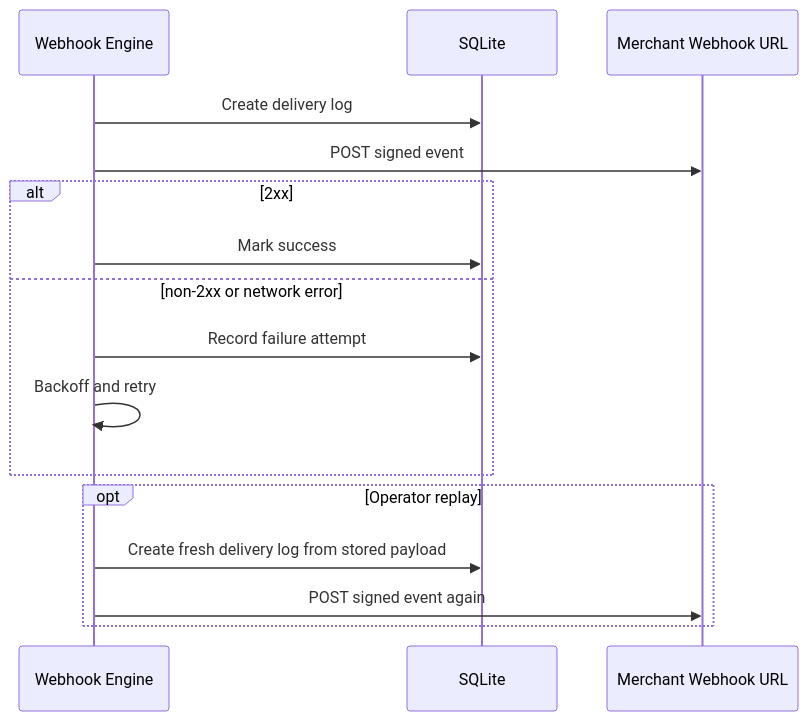
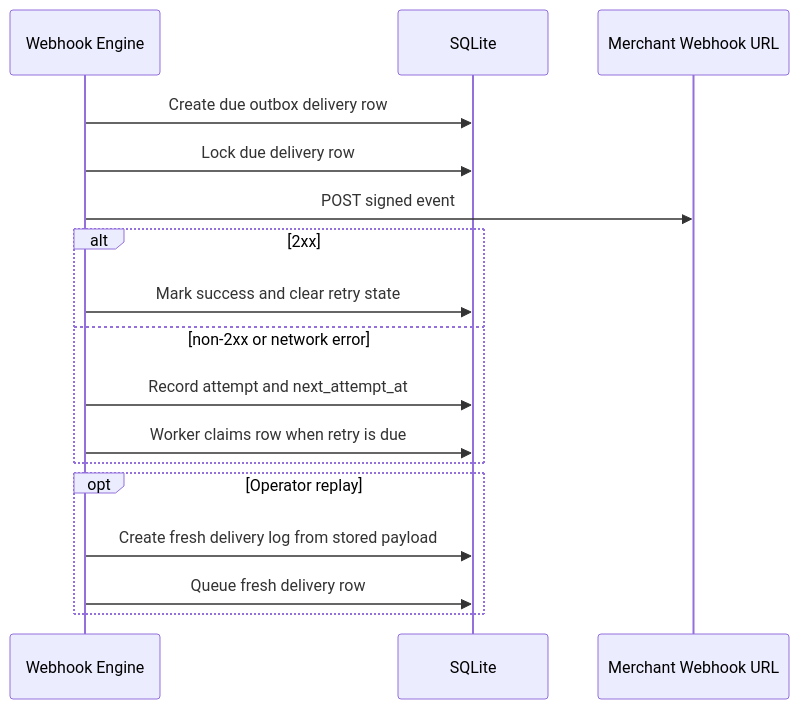
Before and after one commit to zynorr/fiber-merchant-kit: the fifth of 5 diagrams in docs/architecture.md, drawn with Mermaid. The commit also changed other lines of this file and 19 other files, not shown here.

````diff
--- a/docs/architecture.md
+++ b/docs/architecture.md
@@ -158,19 +158,20 @@
 ```mermaid
 sequenceDiagram
   participant Hook as Webhook Engine
   participant DB as SQLite
   participant Target as Merchant Webhook URL
 
-  Hook->>DB: Create delivery log
+  Hook->>DB: Create due outbox delivery row
+  Hook->>DB: Lock due delivery row
   Hook->>Target: POST signed event
   alt 2xx
-    Hook->>DB: Mark success
+    Hook->>DB: Mark success and clear retry state
   else non-2xx or network error
-    Hook->>DB: Record failure attempt
-    Hook->>Hook: Backoff and retry
+    Hook->>DB: Record attempt and next_attempt_at
+    Hook->>DB: Worker claims row when retry is due
   end
   opt Operator replay
     Hook->>DB: Create fresh delivery log from stored payload
-    Hook->>Target: POST signed event again
+    Hook->>DB: Queue fresh delivery row
   end
 ```
````
